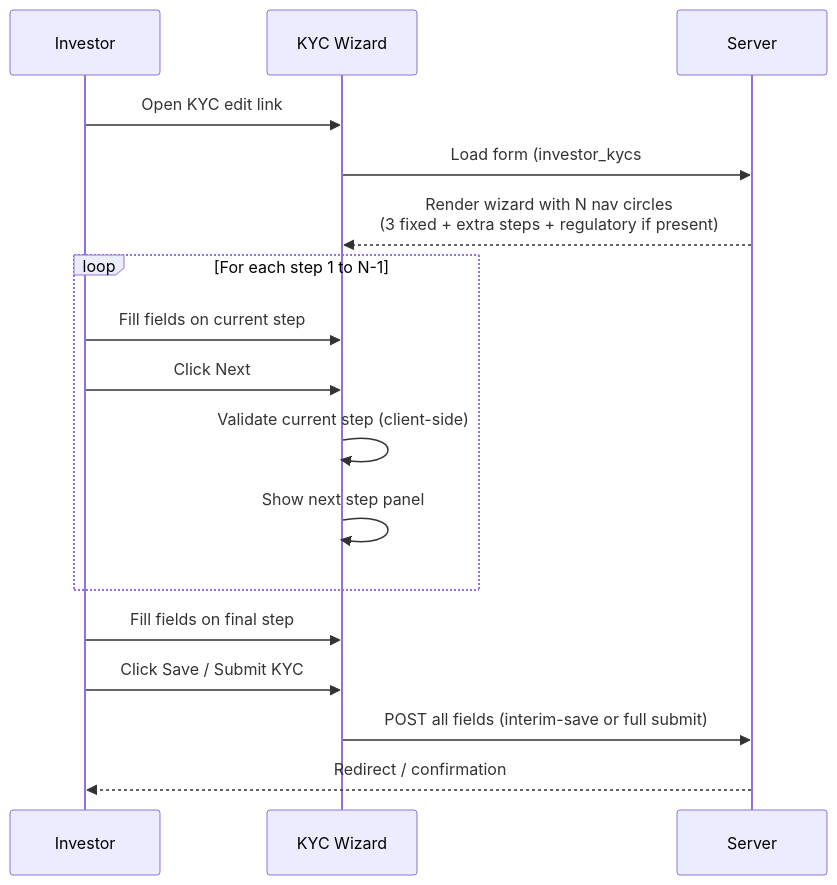
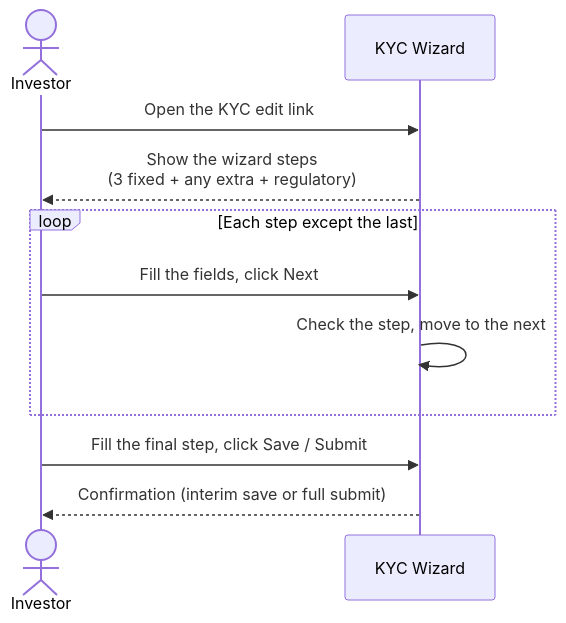
One commit to sampadadiwan/IRM_CompanyMain changed the second of 2 diagrams in docs/user_guides/investor_kyc_user_guide.md. Above: the diagram before and after it, drawn with Mermaid. The commit also changed other lines of this file and 21 other files, not shown here.

````diff
--- a/docs/user_guides/investor_kyc_user_guide.md
+++ b/docs/user_guides/investor_kyc_user_guide.md
@@ -279,22 +273,14 @@
 ```mermaid
 sequenceDiagram
-    participant I as Investor
+    actor I as Investor
     participant W as KYC Wizard
-    participant S as Server
 
-    I->>W: Open KYC edit link
-    W->>S: Load form (investor_kycs#edit)
-    S-->>W: Render wizard with N nav circles<br/>(3 fixed + extra steps + regulatory if present)
-
-    loop For each step 1 to N-1
-        I->>W: Fill fields on current step
-        I->>W: Click Next
-        W->>W: Validate current step (client-side)
-        W->>W: Show next step panel
+    I->>W: Open the KYC edit link
+    W-->>I: Show the wizard steps<br/>(3 fixed + any extra + regulatory)
+    loop Each step except the last
+        I->>W: Fill the fields, click Next
+        W->>W: Check the step, move to the next
     end
-
-    I->>W: Fill fields on final step
-    I->>W: Click Save / Submit KYC
-    W->>S: POST all fields (interim-save or full submit)
-    S-->>I: Redirect / confirmation
+    I->>W: Fill the final step, click Save / Submit
+    W-->>I: Confirmation (interim save or full submit)
 ```
````
